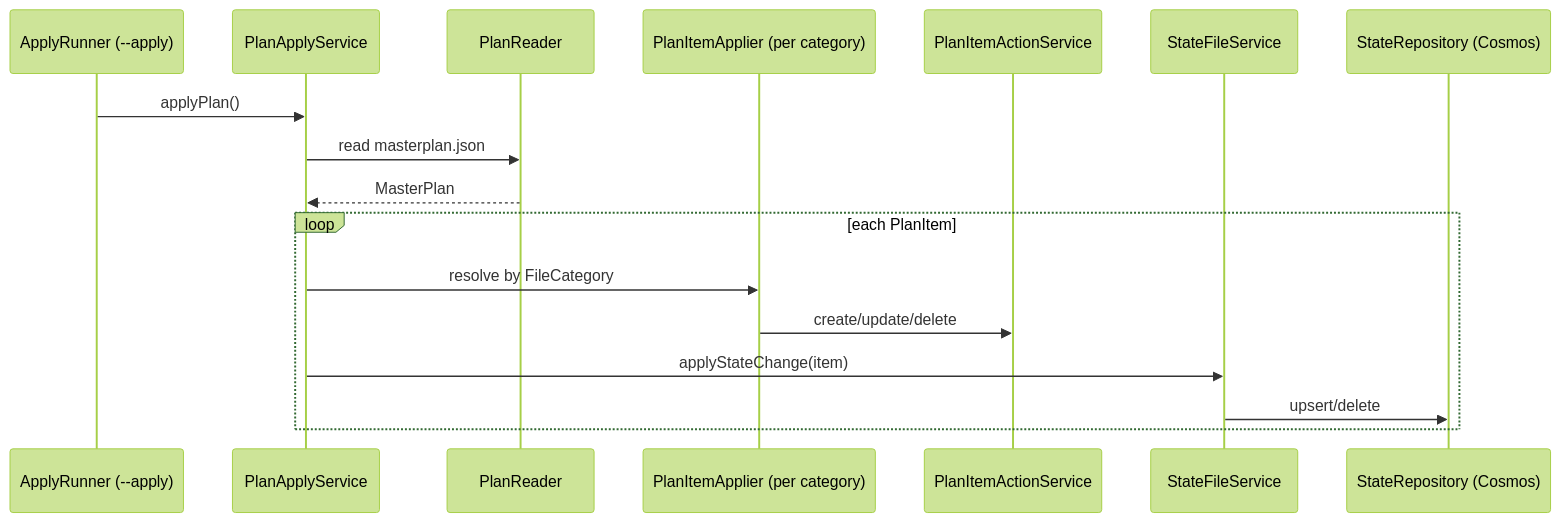
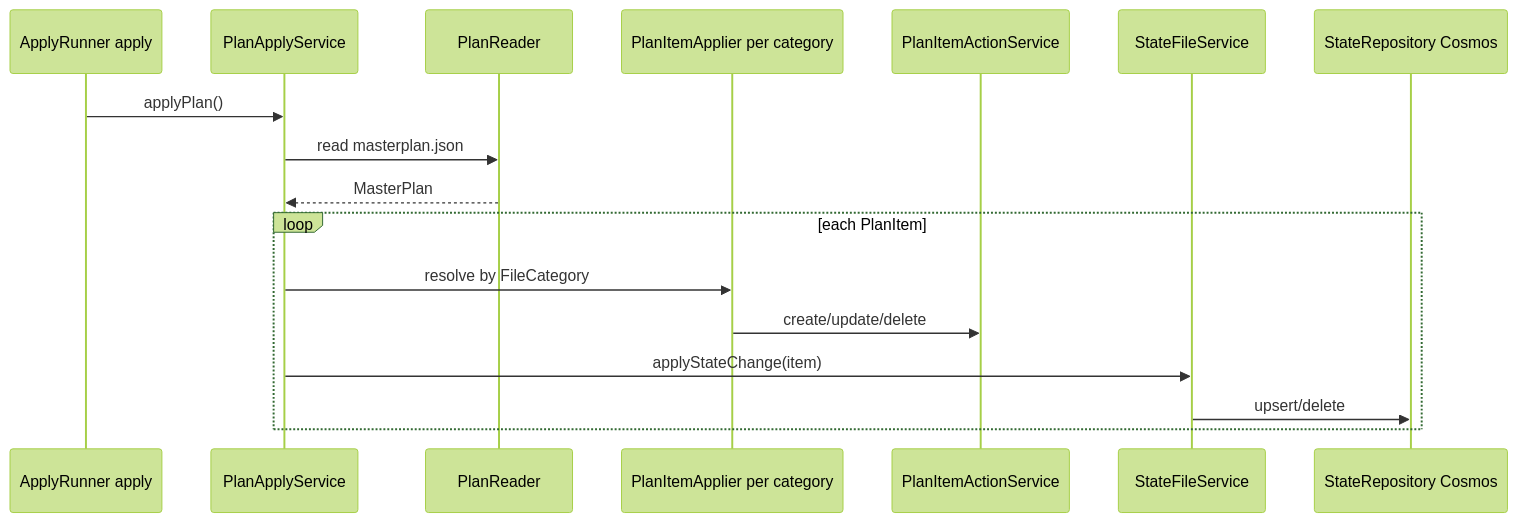
Before and after one commit to srinuneehaal/CaC-IAM: the diagram in diagrams/apply-sequence.mmd, drawn with Mermaid (forest theme). The commit also changed 7 other files, not shown here.

Commit message:
added docs and diagrams l2

```diff
--- a/diagrams/apply-sequence.mmd
+++ b/diagrams/apply-sequence.mmd
@@ -1,18 +1,18 @@
 sequenceDiagram
-    participant Runner as ApplyRunner (--apply)
+    participant Runner as ApplyRunner apply
     participant Apply as PlanApplyService
     participant Reader as PlanReader
-    participant Applier as PlanItemApplier (per category)
+    participant Applier as PlanItemApplier per category
     participant Api as PlanItemActionService
     participant StateSvc as StateFileService
-    participant Repo as StateRepository (Cosmos)
+    participant Repo as StateRepository Cosmos
 
     Runner->>Apply: applyPlan()
     Apply->>Reader: read masterplan.json
     Reader-->>Apply: MasterPlan
     loop each PlanItem
         Apply->>Applier: resolve by FileCategory
         Applier->>Api: create/update/delete
         Apply->>StateSvc: applyStateChange(item)
         StateSvc->>Repo: upsert/delete
     end
```
